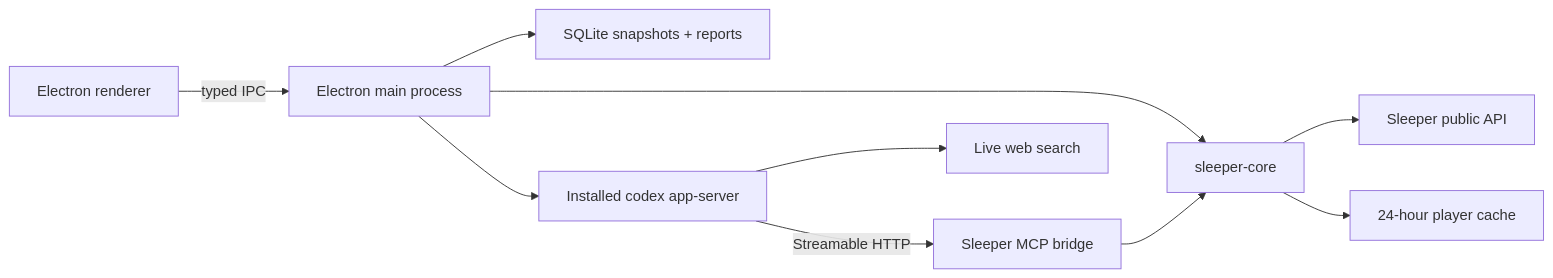
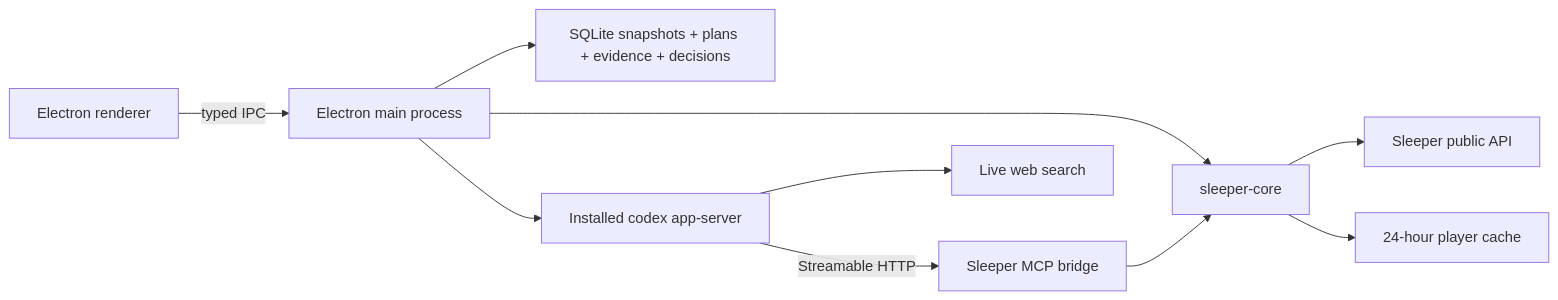
Before and after one commit to chadnickbok/sleeper-caffeine: the diagram in README.md, drawn with Mermaid. The commit also changed other lines of this file and 89 other files, not shown here.

````diff
--- a/README.md
+++ b/README.md
@@ -32,12 +37,12 @@
 ```mermaid
 flowchart LR
     Renderer["Electron renderer"] -->|typed IPC| Main["Electron main process"]
-    Main --> Store["SQLite snapshots + reports"]
+    Main --> Store["SQLite snapshots + plans + evidence + decisions"]
     Main --> Core["sleeper-core"]
     Main --> Codex["Installed codex app-server"]
     Codex -->|Streamable HTTP| MCP["Sleeper MCP bridge"]
     MCP --> Core
     Core --> API["Sleeper public API"]
     Core --> Cache["24-hour player cache"]
     Codex --> Web["Live web search"]
 ```
````
